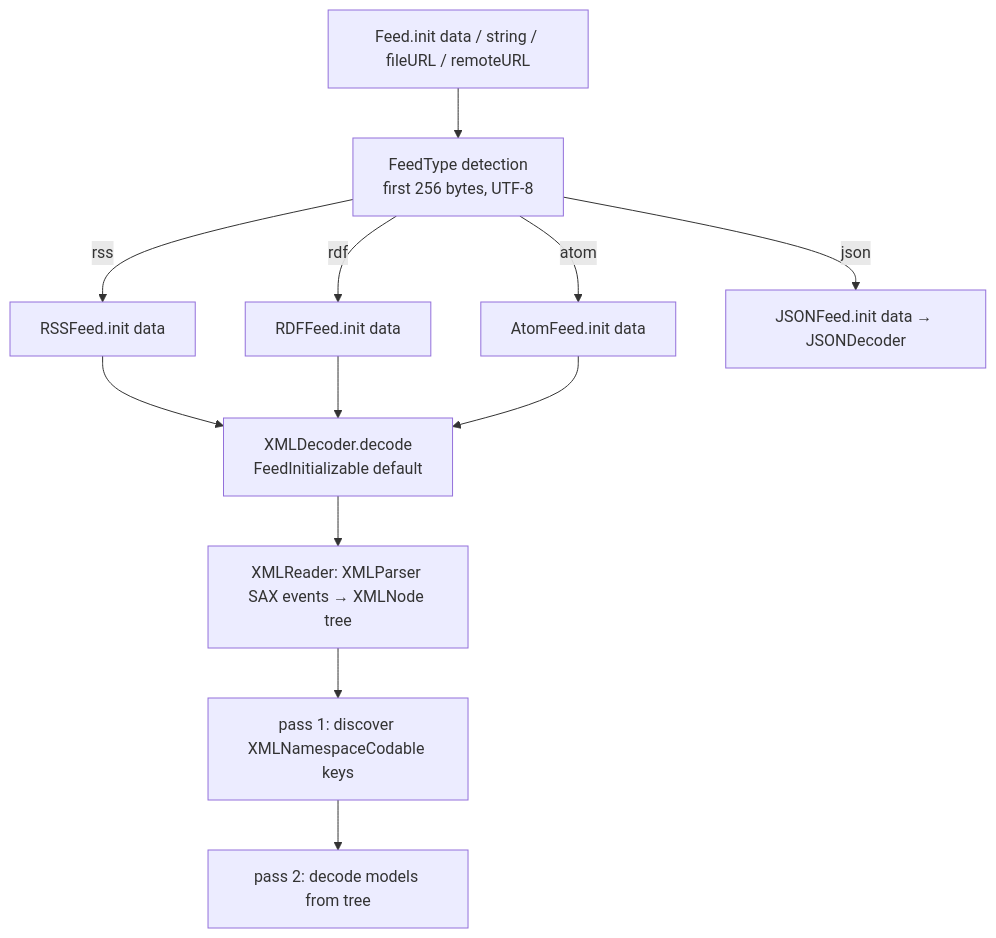
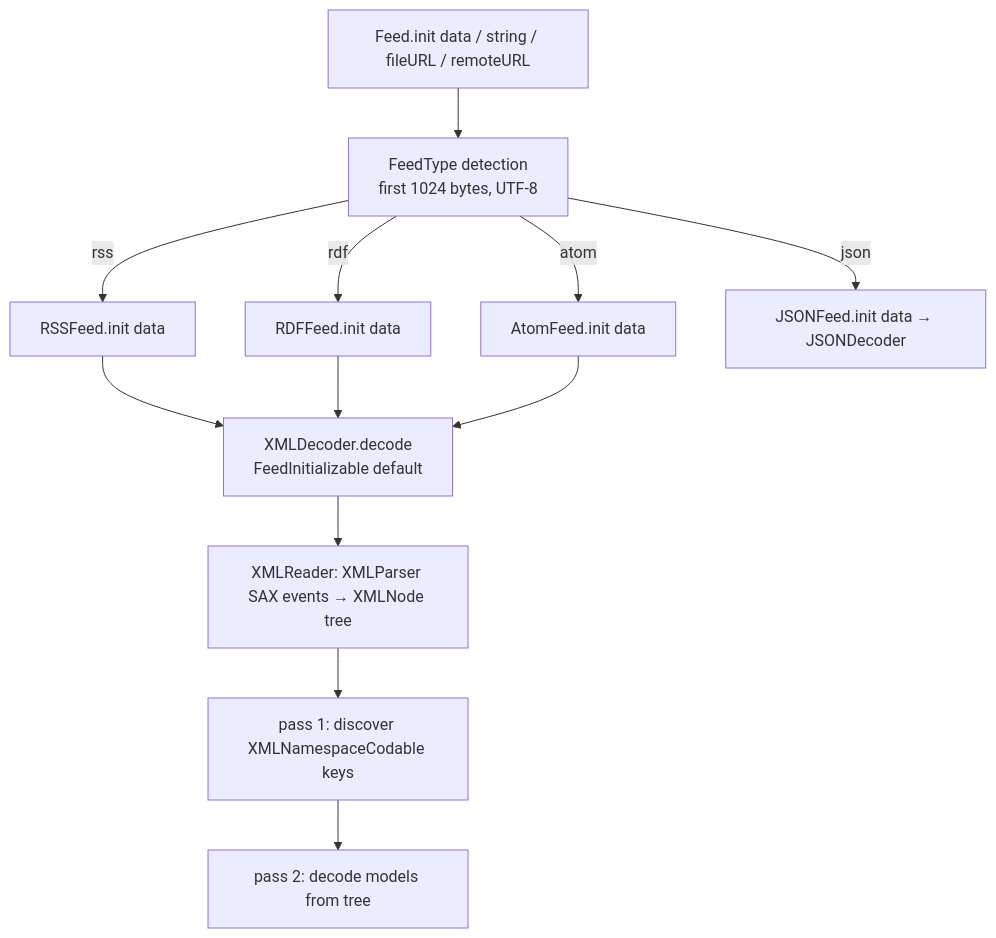
The second of 2 diagrams in ARCHITECTURE_REVIEW.md (nmdias/FeedKit), drawn with Mermaid before and after one commit. The commit also changed other lines of this file and 1 other file, not shown here.

First line of the commit message:
Inspect 1024 bytes when detecting the feed type (#261) (#262)

````diff
--- a/ARCHITECTURE_REVIEW.md
+++ b/ARCHITECTURE_REVIEW.md
@@ -89,14 +89,14 @@
 ```mermaid
 flowchart TD
-    A[Feed.init data / string / fileURL / remoteURL] --> B[FeedType detection<br/>first 256 bytes, UTF-8]
+    A[Feed.init data / string / fileURL / remoteURL] --> B[FeedType detection<br/>first 1024 bytes, UTF-8]
     B -->|rss| C[RSSFeed.init data]
     B -->|rdf| D[RDFFeed.init data]
     B -->|atom| E[AtomFeed.init data]
     B -->|json| F[JSONFeed.init data → JSONDecoder]
     C --> G[XMLDecoder.decode<br/>FeedInitializable default]
     D --> G
     E --> G
     G --> H[XMLReader: XMLParser SAX events → XMLNode tree]
     H --> I[pass 1: discover XMLNamespaceCodable keys]
     I --> J[pass 2: decode models from tree]
 ```
````
